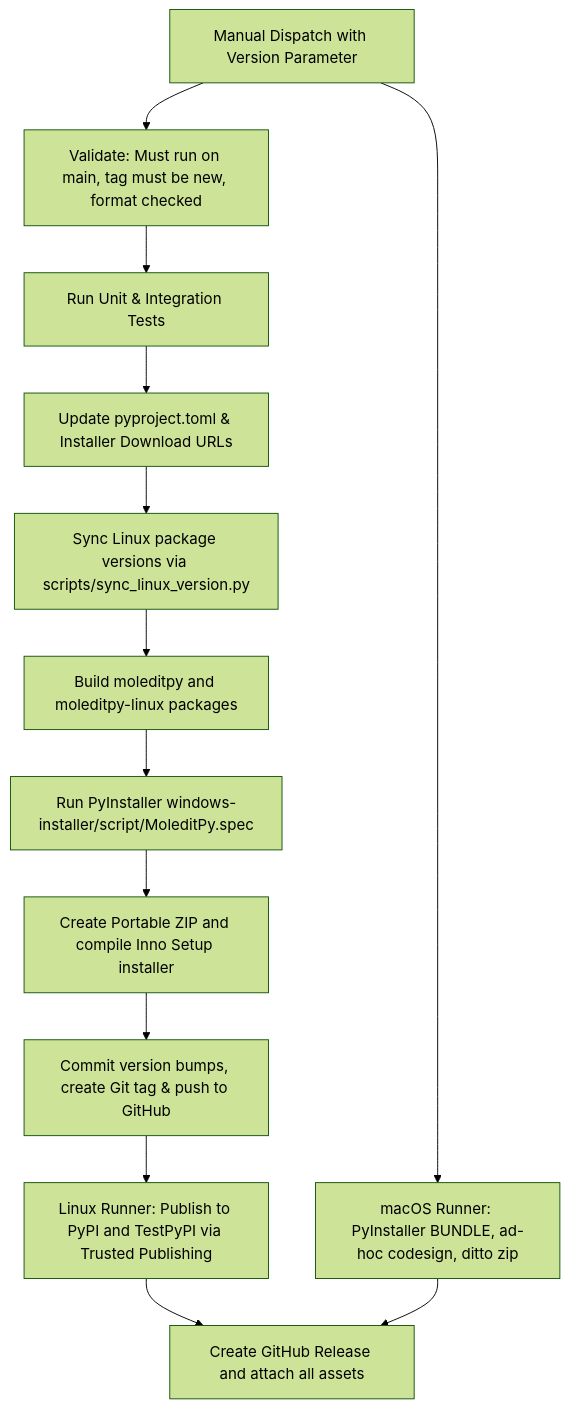
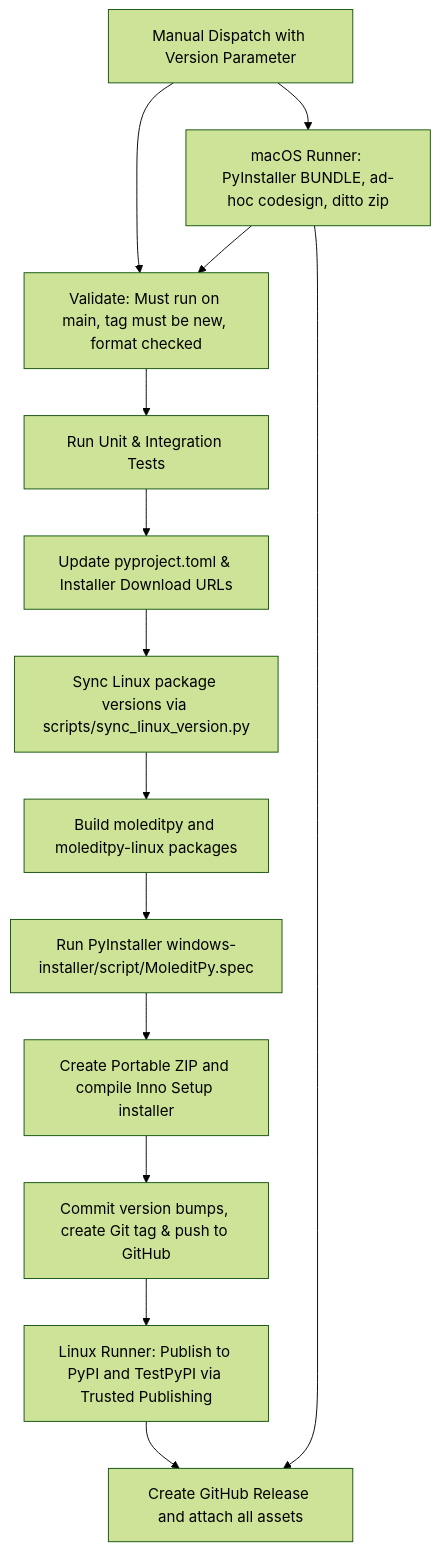
One commit to HiroYokoyama/python_molecular_editor changed the diagram in .github/workflows/README.md. Above: the diagram before and after it, drawn with Mermaid (forest theme). The commit also changed other lines of this file and 3 other files, not shown here.

````diff
--- a/.github/workflows/README.md
+++ b/.github/workflows/README.md
@@ -160,15 +163,16 @@
 ```mermaid
 graph TD
     A[Manual Dispatch with Version Parameter] --> B[Validate: Must run on main, tag must be new, format checked]
     B --> C[Run Unit & Integration Tests]
     C --> D[Update pyproject.toml & Installer Download URLs]
     D --> E[Sync Linux package versions via scripts/sync_linux_version.py]
     E --> F[Build moleditpy and moleditpy-linux packages]
     F --> G[Run PyInstaller windows-installer/script/MoleditPy.spec]
     G --> H[Create Portable ZIP and compile Inno Setup installer]
     H --> I[Commit version bumps, create Git tag & push to GitHub]
     I --> J[Linux Runner: Publish to PyPI and TestPyPI via Trusted Publishing]
     J --> K[Create GitHub Release and attach all assets]
     A --> L[macOS Runner: PyInstaller BUNDLE, ad-hoc codesign, ditto zip]
+    L --> B
     L --> K
 ```
````
